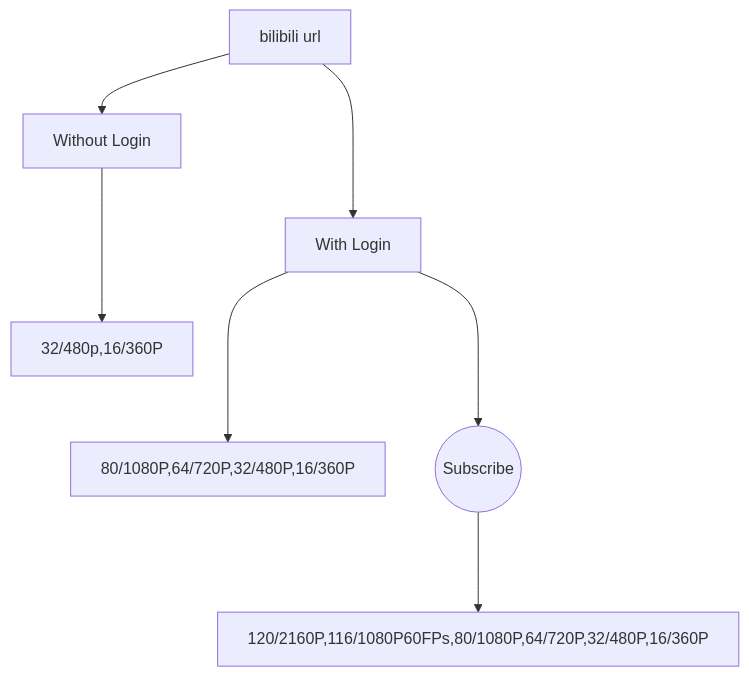
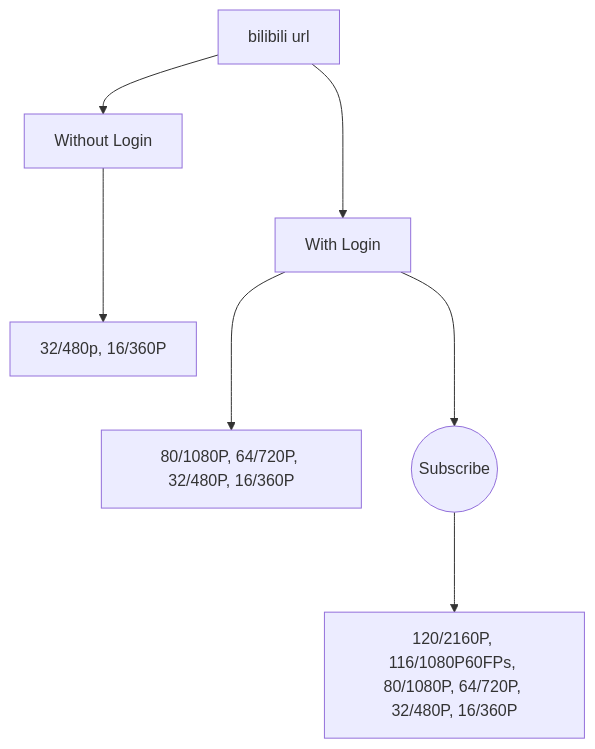
Before and after one commit to motebaya/bilibili-dl: the diagram in README.md, drawn with Mermaid. The commit also changed other lines of this file, not shown here.

````diff
--- a/README.md
+++ b/README.md
@@ -23,10 +23,10 @@
 ```mermaid
 graph TB
 A[bilibili url] -->  B[Without Login]
-B ---> C[32/480p,16/360P]
+B ---> C[32/480p, 16/360P]
 A ---> D[With Login]
-D ---> E[80/1080P,64/720P,32/480P,16/360P]
+D ---> E[80/1080P, 64/720P, 32/480P, 16/360P]
 D ---> F((Subscribe))
-F ---> G[120/2160P,116/1080P60FPs,80/1080P,64/720P,32/480P,16/360P]
+F ---> G[120/2160P, 116/1080P60FPs, 80/1080P, 64/720P, 32/480P, 16/360P]
 
 ```
````
